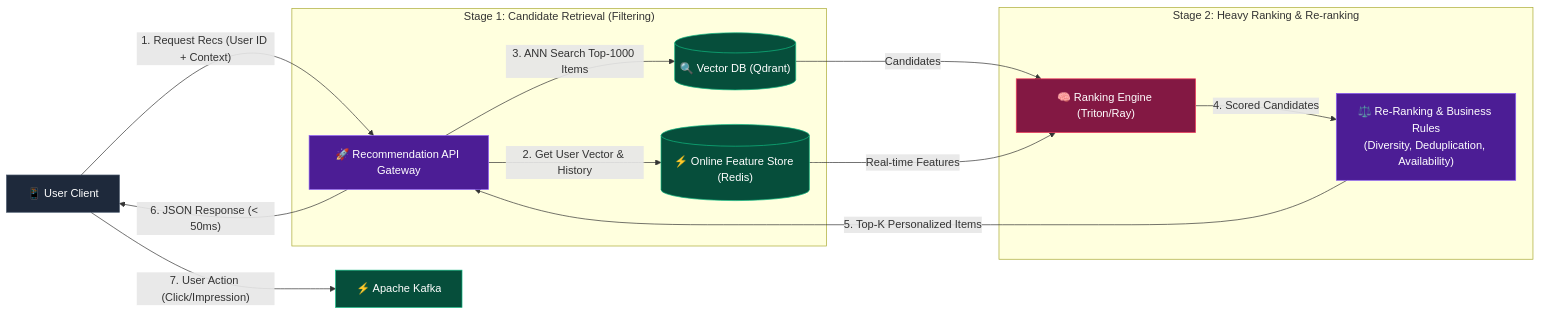
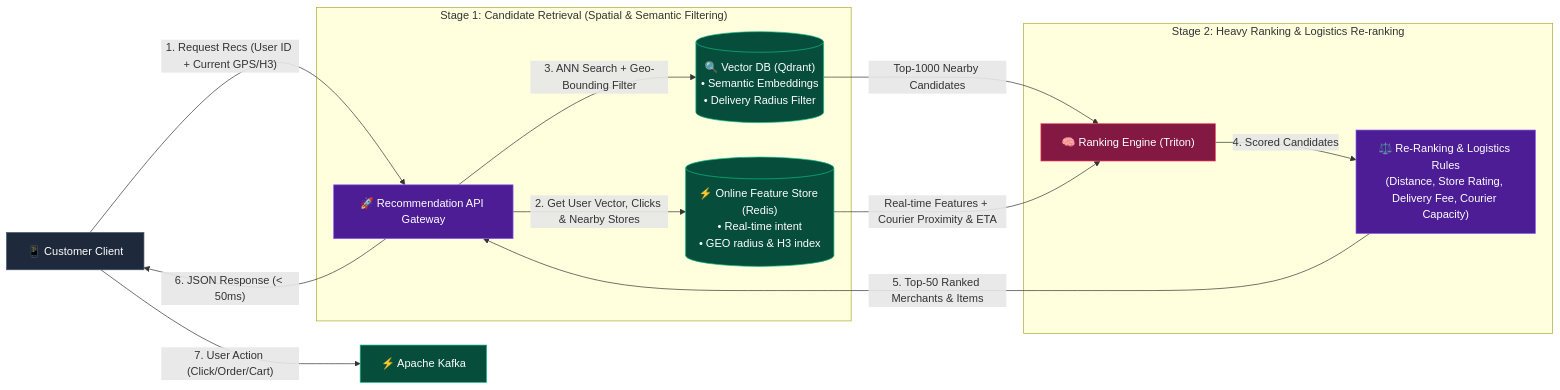
Before and after one commit to Haidendoo/ValoStream: the third of 4 diagrams in archi.md, drawn with Mermaid. The commit also changed other lines of this file and 15 other files, not shown here.

Commit message:
feat: implement sample realtime flow

````diff
--- a/archi.md
+++ b/archi.md
@@ -392,24 +410,24 @@
 ```mermaid
 flowchart LR
     classDef client fill:#1e293b,stroke:#475569,color:#fff;
     classDef recsys fill:#4c1d95,stroke:#8b5cf6,color:#fff;
     classDef store fill:#064e3b,stroke:#10b981,color:#fff;
     classDef model fill:#831843,stroke:#f43f5e,color:#fff;
 
-    U["📱 User Client"]:::client -->|"1. Request Recs (User ID + Context)"| API["🚀 Recommendation API Gateway"]:::recsys
+    U["📱 Customer Client"]:::client -->|"1. Request Recs (User ID + Current GPS/H3)"| API["🚀 Recommendation API Gateway"]:::recsys
     
-    subgraph STAGE1["Stage 1: Candidate Retrieval (Filtering)"]
-        API -->|"2. Get User Vector & History"| REDIS[("⚡ Online Feature Store (Redis)")]:::store
-        API -->|"3. ANN Search Top-1000 Items"| VEC[("🔍 Vector DB (Qdrant)")]:::store
+    subgraph STAGE1["Stage 1: Candidate Retrieval (Spatial & Semantic Filtering)"]
+        API -->|"2. Get User Vector, Clicks & Nearby Stores"| REDIS[("⚡ Online Feature Store (Redis)<br/>• Real-time intent<br/>• GEO radius & H3 index")]:::store
+        API -->|"3. ANN Search + Geo-Bounding Filter"| VEC[("🔍 Vector DB (Qdrant)<br/>• Semantic Embeddings<br/>• Delivery Radius Filter")]:::store
     end
 
-    subgraph STAGE2["Stage 2: Heavy Ranking & Re-ranking"]
-        VEC -->|"Candidates"| RANK["🧠 Ranking Engine (Triton/Ray)"]:::model
-        REDIS -->|"Real-time Features"| RANK
-        RANK -->|"4. Scored Candidates"| RERANK["⚖️ Re-Ranking & Business Rules<br/>(Diversity, Deduplication, Availability)"]:::recsys
+    subgraph STAGE2["Stage 2: Heavy Ranking & Logistics Re-ranking"]
+        VEC -->|"Top-1000 Nearby Candidates"| RANK["🧠 Ranking Engine (Triton)"]:::model
+        REDIS -->|"Real-time Features + Courier Proximity & ETA"| RANK
+        RANK -->|"4. Scored Candidates"| RERANK["⚖️ Re-Ranking & Logistics Rules<br/>(Distance, Store Rating, Delivery Fee, Courier Capacity)"]:::recsys
     end
 
-    RERANK -->|"5. Top-K Personalized Items"| API
+    RERANK -->|"5. Top-50 Ranked Merchants & Items"| API
     API -->|"6. JSON Response (< 50ms)"| U
-    U -->|"7. User Action (Click/Impression)"| KAFKA["⚡ Apache Kafka"]:::store
+    U -->|"7. User Action (Click/Order/Cart)"| KAFKA["⚡ Apache Kafka"]:::store
 ```
````
